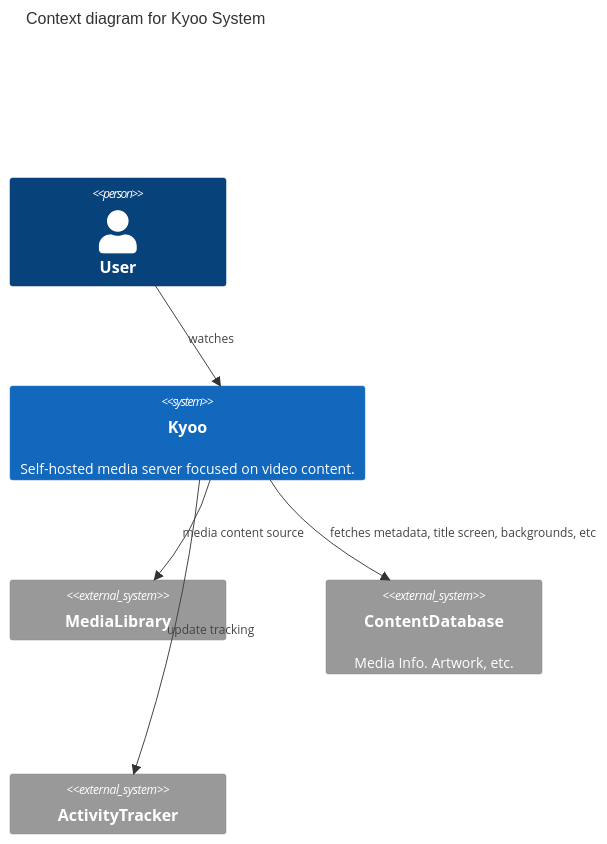
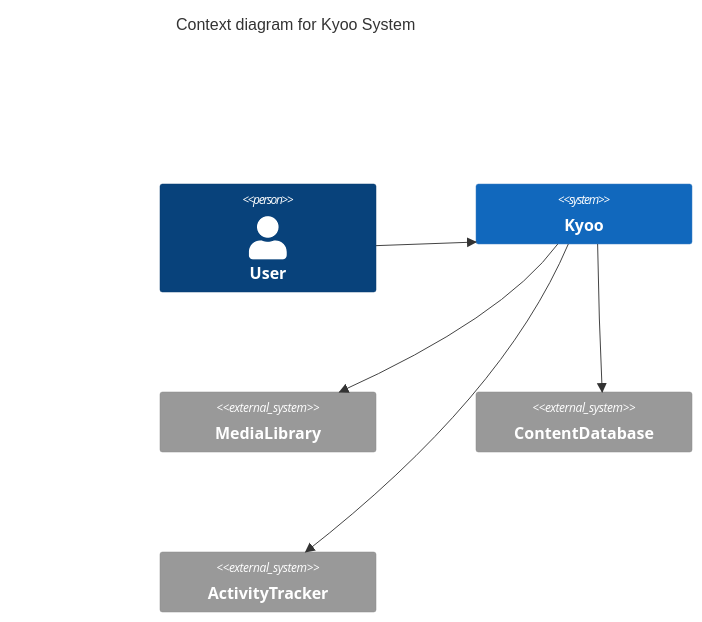
One commit to zoriya/Kyoo changed the second of 4 diagrams in DIAGRAMS.md. Above: the diagram before and after it, drawn with Mermaid. The commit also changed other lines of this file, not shown here.

````diff
--- a/DIAGRAMS.md
+++ b/DIAGRAMS.md
@@ -5,20 +72,17 @@
 ```mermaid
     C4Context
 
       title Context diagram for Kyoo System
       Person(user, "User")
 
-      System(kyoo, "Kyoo", "Self-hosted media server focused on video content.")
+      System(kyoo, "Kyoo", "")
       System_Ext(media, "MediaLibrary", "")
-      System_Ext(content, "ContentDatabase", "Media Info. Artwork, etc.")
+      System_Ext(content, "ContentDatabase", "")
       System_Ext(tracker, "ActivityTracker", "")
 
-
-      Rel(user, kyoo, "watches")
-
-      Rel(kyoo, content, "fetches metadata, title screen, backgrounds, etc")
-      Rel(kyoo, media, "media content source")
-      Rel(kyoo, tracker, "update tracking")
-
-      UpdateLayoutConfig($c4ShapeInRow="2", $c4BoundaryInRow="1")
+      Rel(user, kyoo, "")
+      Rel(kyoo, content, "")
+      Rel(kyoo, media, "")
+      Rel(kyoo, tracker, "")
+    UpdateLayoutConfig($c4ShapeInRow="2", $c4BoundaryInRow="2")
 ```
````
